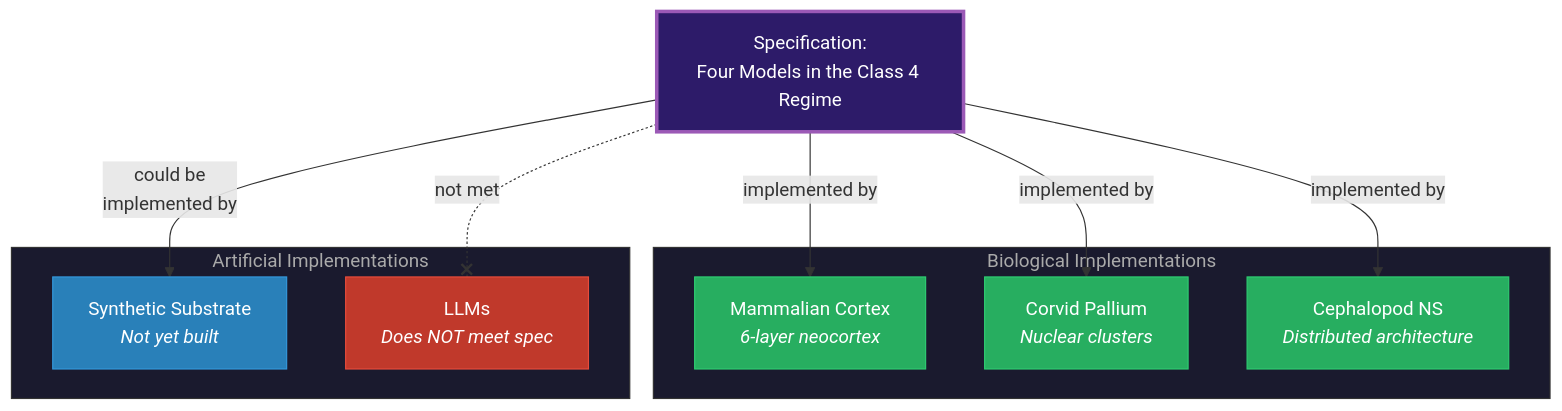
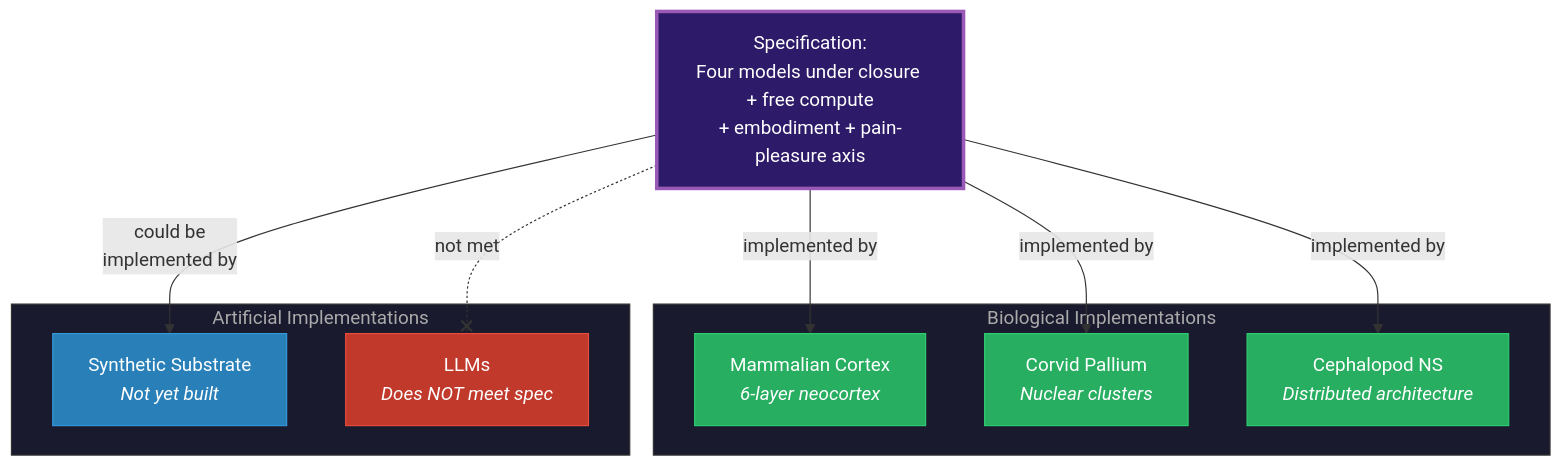
The diagram in wiki/philosophical/substrate-independence.md (JeltzProstetnic/aIware), drawn with Mermaid before and after one commit. The commit also changed other lines of this file and 42 other files, not shown here.

````diff
--- a/wiki/philosophical/substrate-independence.md
+++ b/wiki/philosophical/substrate-independence.md
@@ -39,30 +47,30 @@
 ```mermaid
 graph TB
-    SPEC["Specification:<br/>Four Models in the Class 4 Regime"]
+    SPEC["Specification:<br/>Four models under closure + free compute<br/>+ embodiment + pain-pleasure axis"]
 
     subgraph BIO["Biological Implementations"]
         MAM["Mammalian Cortex<br/><i>6-layer neocortex</i>"]
         COR["Corvid Pallium<br/><i>Nuclear clusters</i>"]
         CEPH["Cephalopod NS<br/><i>Distributed architecture</i>"]
     end
 
     subgraph ART["Artificial Implementations"]
         SYN["Synthetic Substrate<br/><i>Not yet built</i>"]
         LLM["LLMs<br/><i>Does NOT meet spec</i>"]
     end
 
     SPEC -->|"implemented by"| MAM
     SPEC -->|"implemented by"| COR
     SPEC -->|"implemented by"| CEPH
     SPEC -->|"could be<br/>implemented by"| SYN
     SPEC -.-x|"not met"| LLM
 
     style SPEC fill:#2d1b69,stroke:#9b59b6,color:#fff,stroke-width:3px
     style BIO fill:#1a1a2e,stroke:#333,color:#aaa
     style ART fill:#1a1a2e,stroke:#333,color:#aaa
     style MAM fill:#27ae60,stroke:#2ecc71,color:#fff
     style COR fill:#27ae60,stroke:#2ecc71,color:#fff
     style CEPH fill:#27ae60,stroke:#2ecc71,color:#fff
     style SYN fill:#2980b9,stroke:#3498db,color:#fff
     style LLM fill:#c0392b,stroke:#e74c3c,color:#fff
 ```
````
